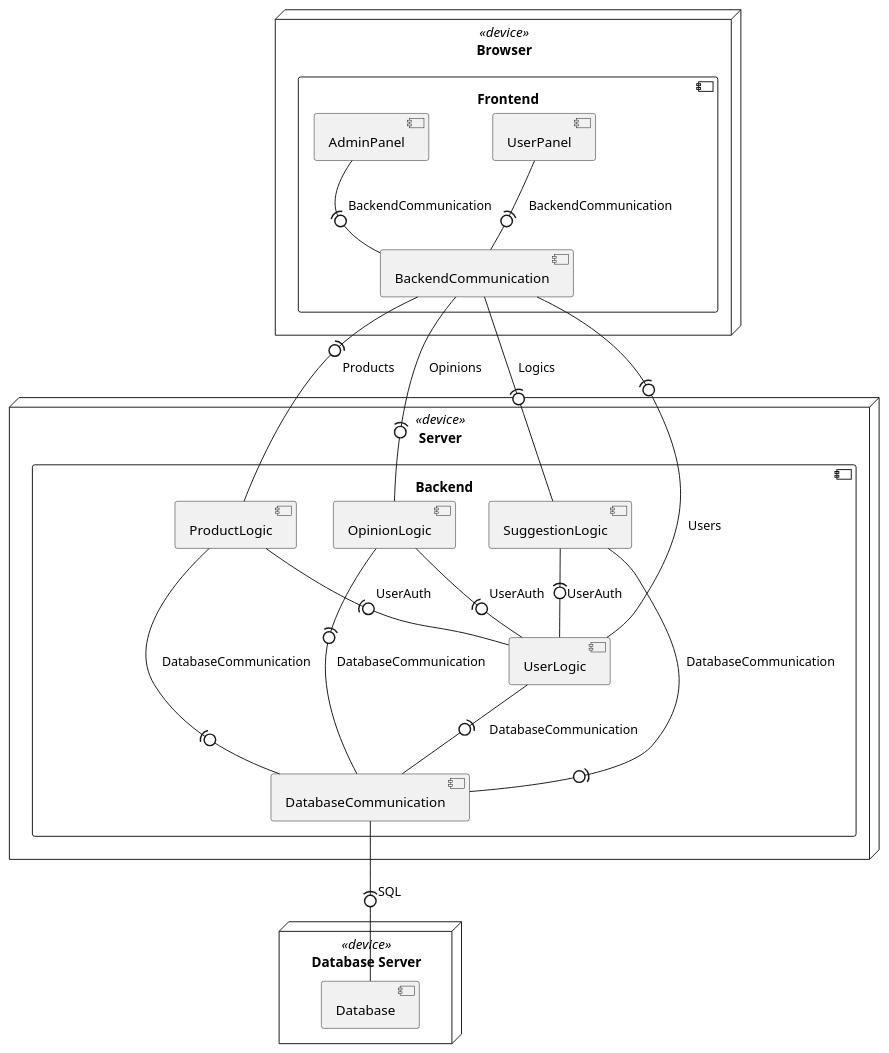
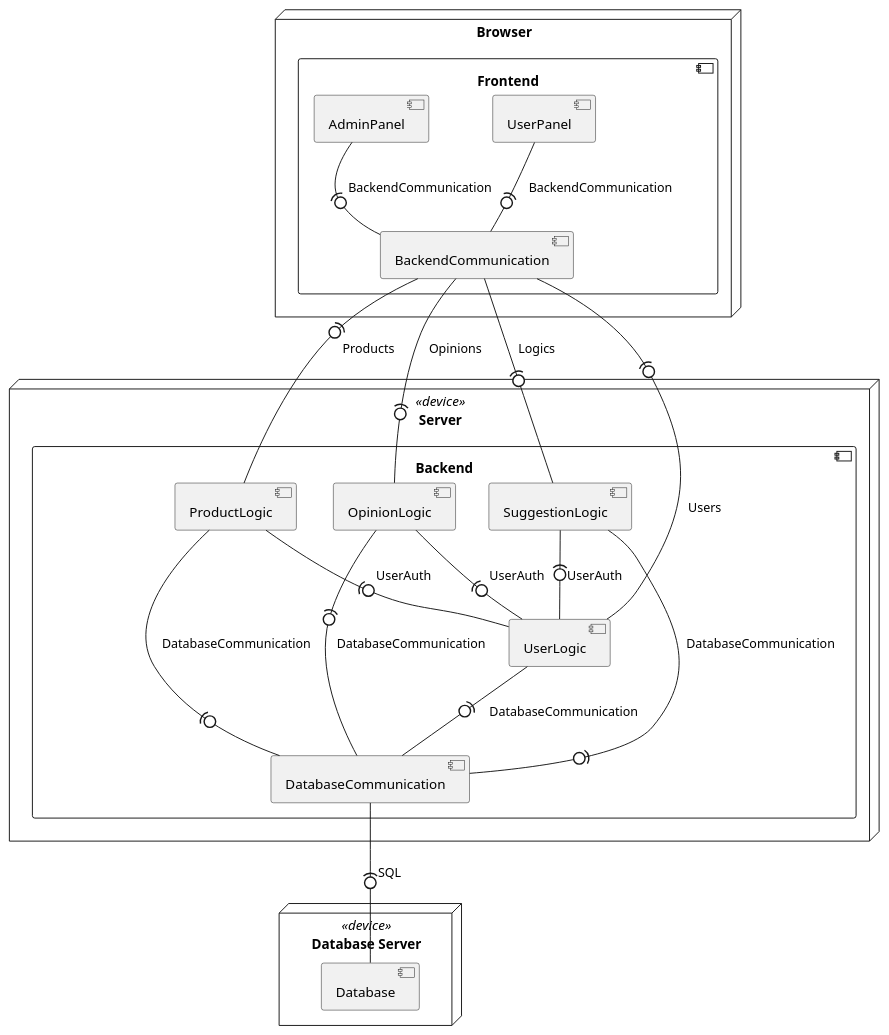
Before and after one commit to RadekBucki/OpinionCollectorArchitecture: the third of 6 diagrams in README.md, drawn with PlantUML.

Commit message:
Remove <<device>> from browser on deployment diagram

````diff
--- a/README.md
+++ b/README.md
@@ -155,55 +155,55 @@
 ```plantuml
 @startuml
 
 node "Database Server" <<device>> as database {
     component Database
 }
 node Server <<device>> as server {
     component Backend {
         component UserLogic {
         }
         component ProductLogic {
         }
         component OpinionLogic {
         }
         component SuggestionLogic {
         }
         
         component DatabaseCommunication {
         }
     }
 }
-node Browser <<device>> as browser {
+node Browser as browser {
     component Frontend {
         component UserPanel {
         }
         
         component AdminPanel {
         }
         
         component BackendCommunication {
         }
     }
 }
 
 DatabaseCommunication -(0- Database: SQL
 
 UserLogic             -(0- DatabaseCommunication : DatabaseCommunication
 ProductLogic          -(0- DatabaseCommunication : DatabaseCommunication
 OpinionLogic          -(0- DatabaseCommunication : DatabaseCommunication
 SuggestionLogic       -(0- DatabaseCommunication : DatabaseCommunication
 
 BackendCommunication  -(0- UserLogic       : Users
 BackendCommunication  -(0- ProductLogic    : Products
 BackendCommunication  -(0- OpinionLogic    : Opinions
 BackendCommunication  -(0- SuggestionLogic : Logics
 
 ProductLogic          -(0- UserLogic : UserAuth
 OpinionLogic          -(0- UserLogic : UserAuth
 SuggestionLogic       -(0- UserLogic : UserAuth
 
 UserPanel             -(0- BackendCommunication : BackendCommunication
 AdminPanel            -(0- BackendCommunication : BackendCommunication
 
 @enduml 
 ```
````
